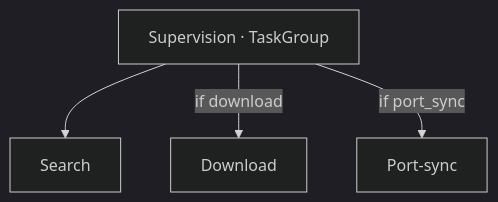
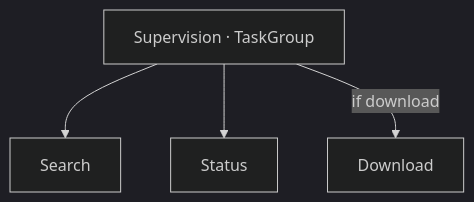
One commit to mission-titar/mulewatch changed the third of 11 diagrams in docs/contributing/architecture.md. Above: the diagram before and after it, drawn with Mermaid (dark theme). The commit also changed other lines of this file and 9 other files, not shown here.

````diff
--- a/docs/contributing/architecture.md
+++ b/docs/contributing/architecture.md
@@ -112,7 +122,7 @@
 ```mermaid
 flowchart TB
   app["Supervision · TaskGroup"]
   app --> s["Search"]
+  app --> st["Status"]
   app -->|"if download"| d["Download"]
-  app -->|"if port_sync"| p["Port-sync"]
 ```
````
